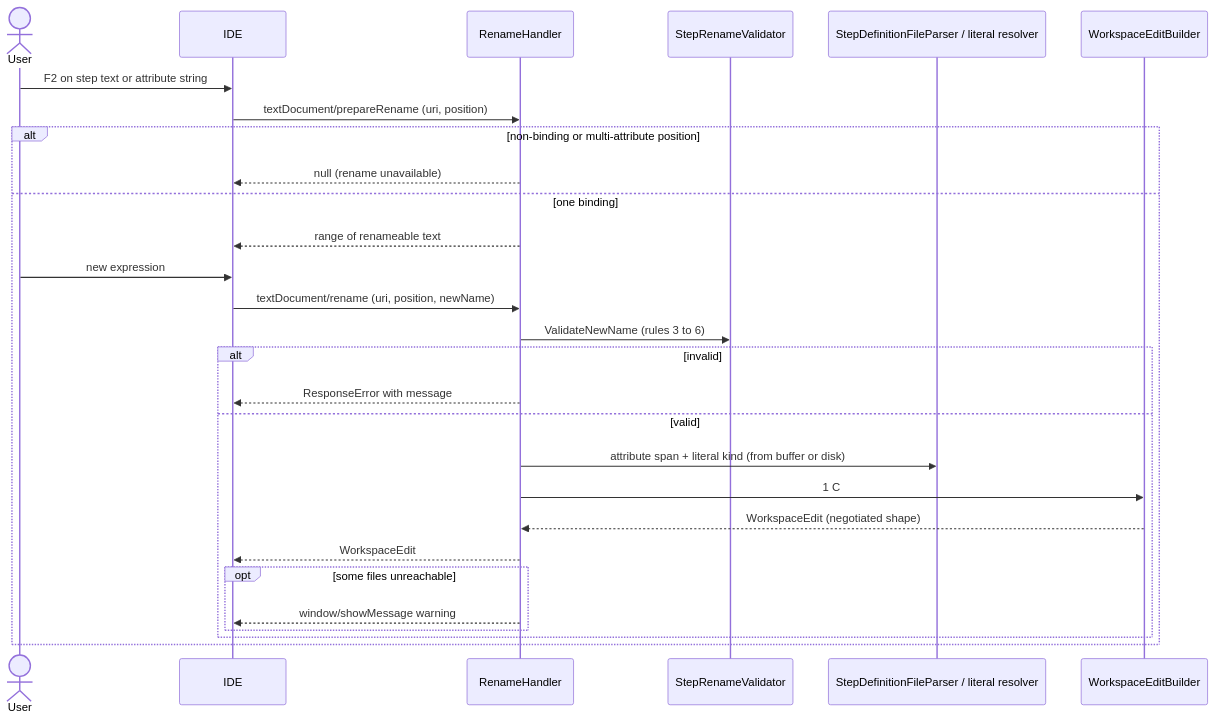
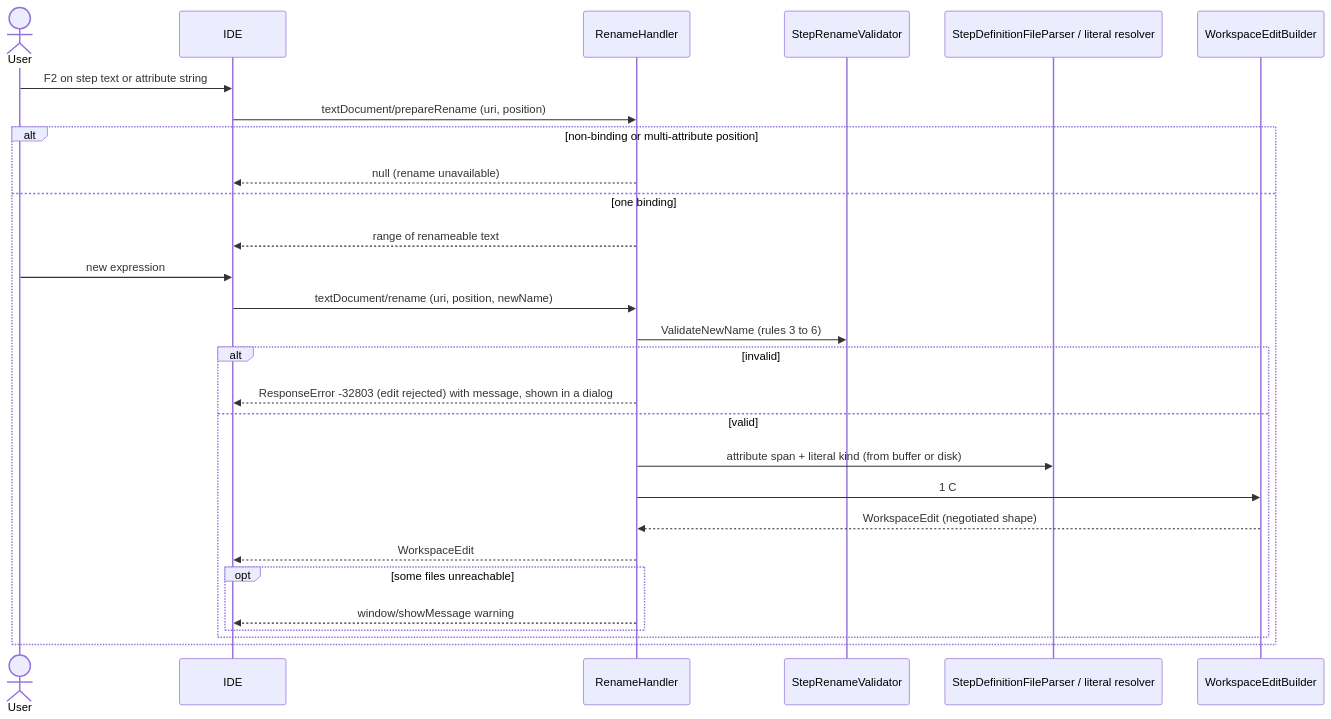
Before and after one commit to reqnroll/Reqnroll.IdeSupport: the second of 4 diagrams in docs/features/rename.md, drawn with Mermaid. The commit also changed other lines of this file, not shown here.

First line of the commit message:
Show how a rename edit is applied and confirmed in the rename docs

````diff
--- a/docs/features/rename.md
+++ b/docs/features/rename.md
@@ -45,31 +45,31 @@
 ```mermaid
 sequenceDiagram
     actor U as User
     participant IDE
     participant R as RenameHandler
     participant V as StepRenameValidator
     participant S as StepDefinitionFileParser / literal resolver
     participant W as WorkspaceEditBuilder
 
     U->>IDE: F2 on step text or attribute string
     IDE->>R: textDocument/prepareRename (uri, position)
     alt non-binding or multi-attribute position
         R-->>IDE: null (rename unavailable)
     else one binding
         R-->>IDE: range of renameable text
         U->>IDE: new expression
         IDE->>R: textDocument/rename (uri, position, newName)
         R->>V: ValidateNewName (rules 3 to 6)
         alt invalid
-            R-->>IDE: ResponseError with message
+            R-->>IDE: ResponseError -32803 (edit rejected) with message, shown in a dialog
         else valid
             R->>S: attribute span + literal kind (from buffer or disk)
             R->>W: 1 C# edit + N feature edits
             W-->>R: WorkspaceEdit (negotiated shape)
             R-->>IDE: WorkspaceEdit
             opt some files unreachable
                 R-->>IDE: window/showMessage warning
             end
         end
     end
 ```
````
